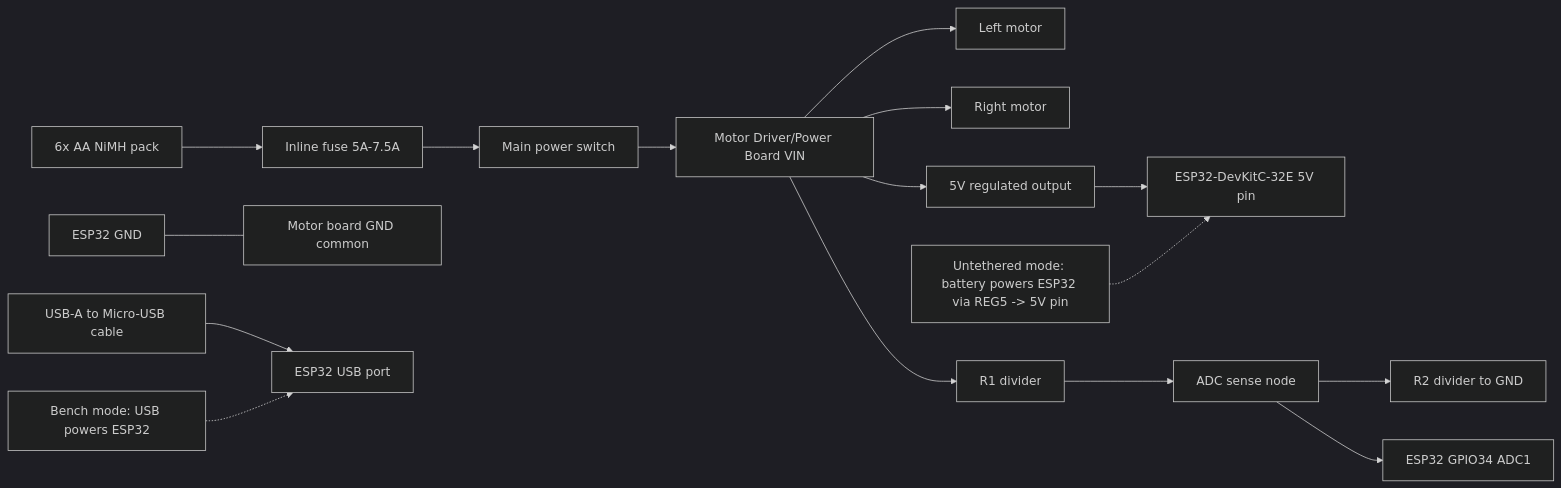
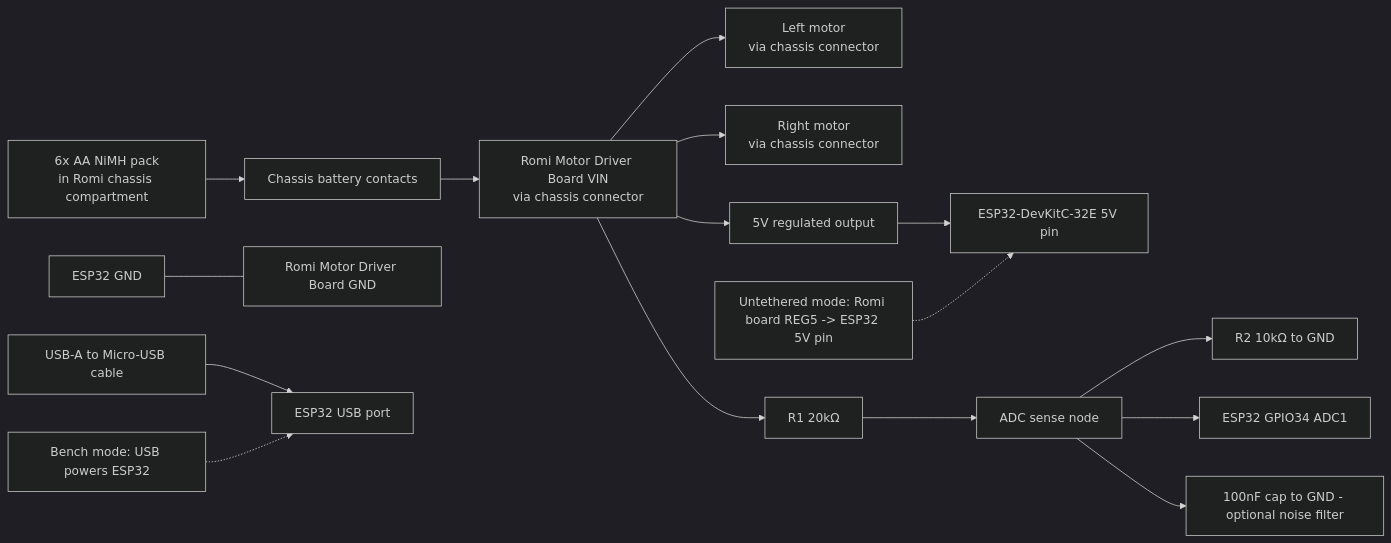
One commit to millerrc18/rc-rover changed the first of 2 diagrams in docs/STAGE_1_WIRING_DIAGRAM.md. Above: the diagram before and after it, drawn with Mermaid (dark theme). The commit also changed other lines of this file and 17 other files, not shown here.

````diff
--- a/docs/STAGE_1_WIRING_DIAGRAM.md
+++ b/docs/STAGE_1_WIRING_DIAGRAM.md
@@ -9,26 +9,26 @@
 ```mermaid
 flowchart LR
-    BATT[6x AA NiMH pack] --> FUSE[Inline fuse 5A-7.5A]
-    FUSE --> SW[Main power switch]
-    SW --> VIN[Motor Driver/Power Board VIN]
+    BATT[6x AA NiMH pack\nin Romi chassis compartment] --> CHASSIS_CONTACT[Chassis battery contacts]
+    CHASSIS_CONTACT --> VIN[Romi Motor Driver Board VIN\nvia chassis connector]
 
-    VIN --> L_MOTOR[Left motor]
-    VIN --> R_MOTOR[Right motor]
+    VIN --> L_MOTOR[Left motor\nvia chassis connector]
+    VIN --> R_MOTOR[Right motor\nvia chassis connector]
 
     VIN --> REG5[5V regulated output]
     REG5 --> ESP5V[ESP32-DevKitC-32E 5V pin]
 
-    ESP_GND[ESP32 GND] --- VIN_GND[Motor board GND common]
+    ESP_GND[ESP32 GND] --- VIN_GND[Romi Motor Driver Board GND]
 
-    VIN --> DIV_TOP[R1 divider]
+    VIN --> DIV_TOP[R1 20kΩ]
     DIV_TOP --> ADC_NODE[ADC sense node]
-    ADC_NODE --> DIV_BOT[R2 divider to GND]
+    ADC_NODE --> DIV_BOT[R2 10kΩ to GND]
     ADC_NODE --> ESP_ADC[ESP32 GPIO34 ADC1]
+    ADC_NODE --> FILTER_CAP[100nF cap to GND - optional noise filter]
 
     USB[USB-A to Micro-USB cable] --> ESP_USB[ESP32 USB port]
 
     NOTE1[Bench mode: USB powers ESP32]
-    NOTE2[Untethered mode: battery powers ESP32 via REG5 -> 5V pin]
+    NOTE2[Untethered mode: Romi board REG5 -> ESP32 5V pin]
     NOTE1 -.-> ESP_USB
     NOTE2 -.-> ESP5V
 ```
````
